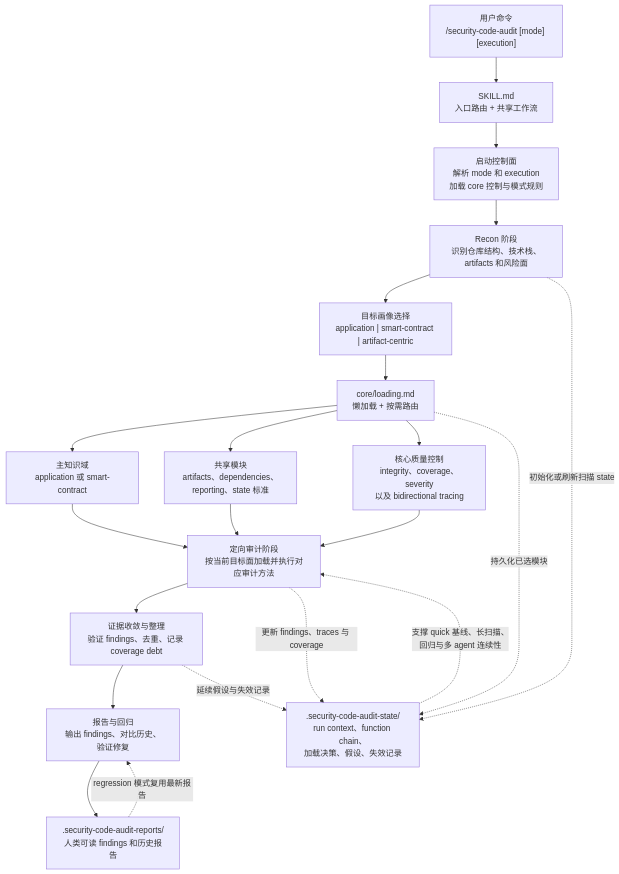
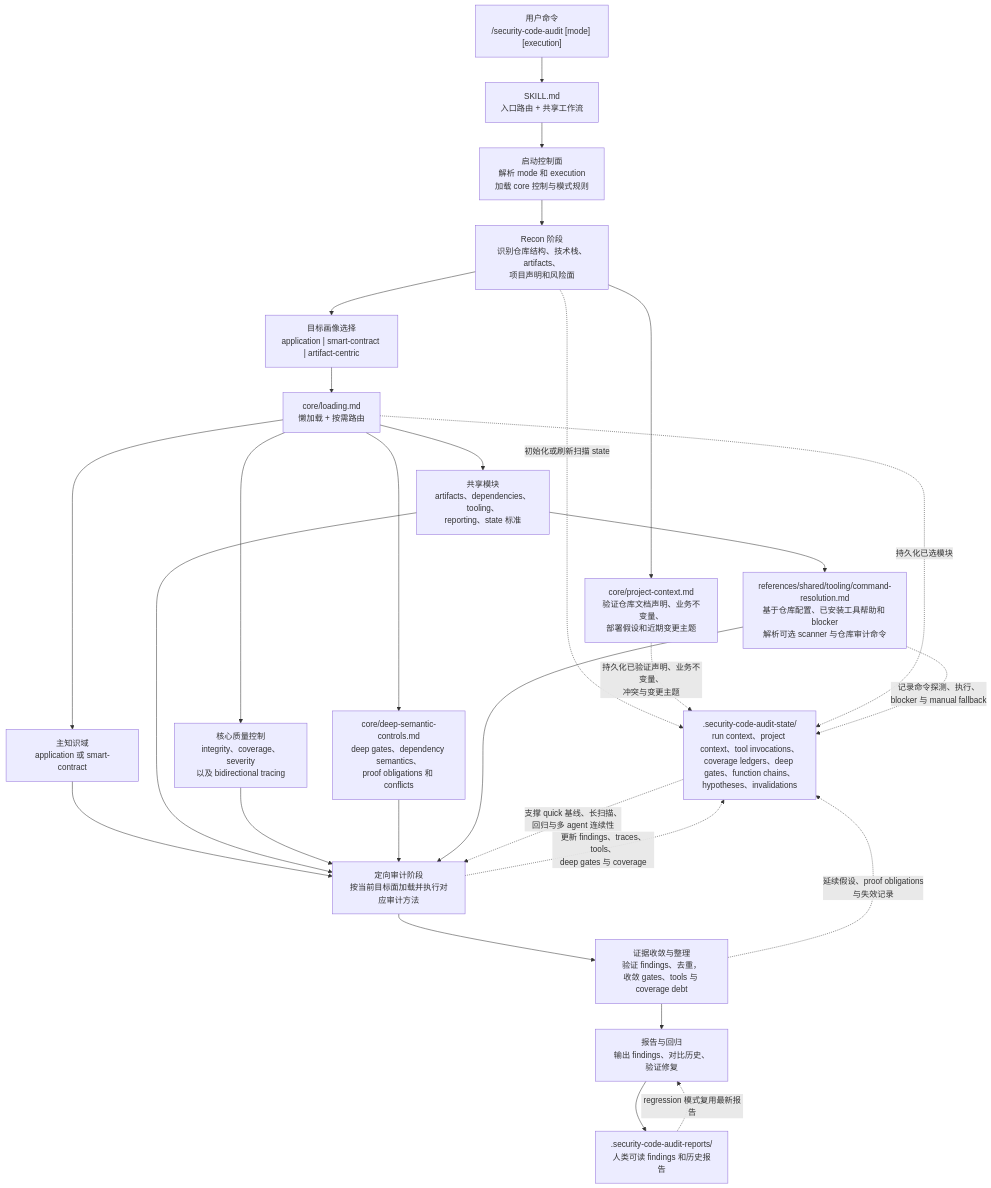
Before and after one commit to sari3l/security-code-audit-skill: the diagram in README-CN.md, drawn with Mermaid. The commit also changed other lines of this file and 55 other files, not shown here.

Commit message:
chore: update security-code-audit to 1.0.7

````diff
--- a/README-CN.md
+++ b/README-CN.md
@@ -61,45 +61,55 @@
 ```mermaid
 flowchart TD
     A["用户命令<br/>/security-code-audit [mode] [execution]"]
     B["SKILL.md<br/>入口路由 + 共享工作流"]
 
     C["启动控制面<br/>解析 mode 和 execution<br/>加载 core 控制与模式规则"]
-    D["Recon 阶段<br/>识别仓库结构、技术栈、artifacts 和风险面"]
+    D["Recon 阶段<br/>识别仓库结构、技术栈、artifacts、<br/>项目声明和风险面"]
+    PC["core/project-context.md<br/>验证仓库文档声明、业务不变量、<br/>部署假设和近期变更主题"]
     E["目标画像选择<br/>application | smart-contract | artifact-centric"]
 
     F["core/loading.md<br/>懒加载 + 按需路由"]
     G["主知识域<br/>application 或 smart-contract"]
-    H["共享模块<br/>artifacts、dependencies、reporting、state 标准"]
+    H["共享模块<br/>artifacts、dependencies、tooling、<br/>reporting、state 标准"]
     T["核心质量控制<br/>integrity、coverage、severity<br/>以及 bidirectional tracing"]
+    Q["core/deep-semantic-controls.md<br/>deep gates、dependency semantics、<br/>proof obligations 和 conflicts"]
+    U["references/shared/tooling/command-resolution.md<br/>基于仓库配置、已安装工具帮助和 blocker<br/>解析可选 scanner 与仓库审计命令"]
 
     I["定向审计阶段<br/>按当前目标面加载并执行对应审计方法"]
-    J["证据收敛与整理<br/>验证 findings、去重、记录 coverage debt"]
+    J["证据收敛与整理<br/>验证 findings、去重，<br/>收敛 gates、tools 与 coverage debt"]
     K["报告与回归<br/>输出 findings、对比历史、验证修复"]
 
-    S[".security-code-audit-state/<br/>run context、function chain、<br/>加载决策、假设、失效记录"]
+    S[".security-code-audit-state/<br/>run context、project context、tool invocations、<br/>coverage ledgers、deep gates、function chains、<br/>hypotheses、invalidations"]
     R[".security-code-audit-reports/<br/>人类可读 findings 和历史报告"]
 
     A --> B
     B --> C
     C --> D
+    D --> PC
     D --> E
     E --> F
 
     F --> G
     F --> H
     F --> T
+    F --> Q
+    H --> U
 
     G --> I
     H --> I
     T --> I
+    Q --> I
+    U --> I
     I --> J
     J --> K
     K --> R
 
     D -. 初始化或刷新扫描 state .-> S
+    PC -. 持久化已验证声明、业务不变量、<br/>冲突与变更主题 .-> S
     F -. 持久化已选模块 .-> S
-    I -. 更新 findings、traces 与 coverage .-> S
-    J -. 延续假设与失效记录 .-> S
+    U -. 记录命令探测、执行、<br/>blocker 与 manual fallback .-> S
+    I -. 更新 findings、traces、tools、<br/>deep gates 与 coverage .-> S
+    J -. 延续假设、proof obligations<br/>与失效记录 .-> S
     S -. 支撑 quick 基线、长扫描、<br/>回归与多 agent 连续性 .-> I
     R -. regression 模式复用最新报告 .-> K
 ```
````
